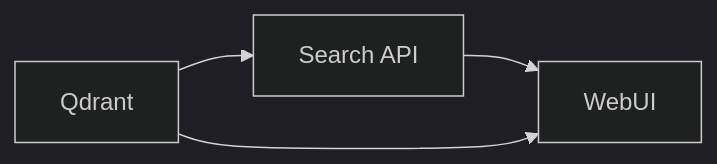
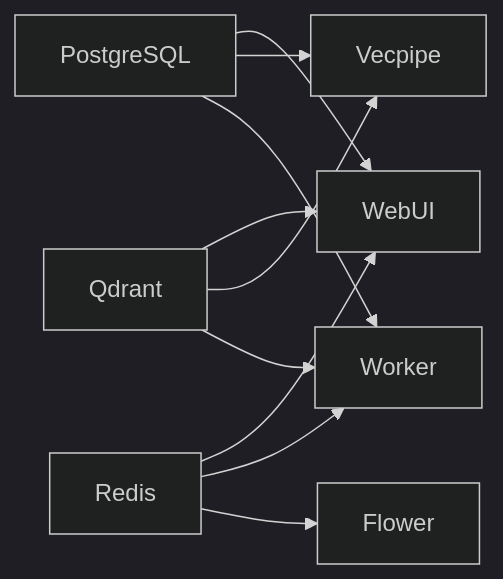
The diagram in docs/DEPLOYMENT.md (jbmiller10/semantik), drawn with Mermaid (dark theme) before and after one commit. The commit also changed other lines of this file and 37 other files, not shown here.

````diff
--- a/docs/DEPLOYMENT.md
+++ b/docs/DEPLOYMENT.md
@@ -290,6 +141,12 @@
 ```mermaid
 graph LR
-    A[Qdrant] --> B[Search API]
-    B --> C[WebUI]
-    A --> C
+    A[PostgreSQL] --> B[WebUI]
+    C[Redis] --> B
+    D[Qdrant] --> B
+    D --> E[Vecpipe]
+    A --> E
+    C --> F[Worker]
+    D --> F
+    A --> F
+    C --> G[Flower]
 ```
````
